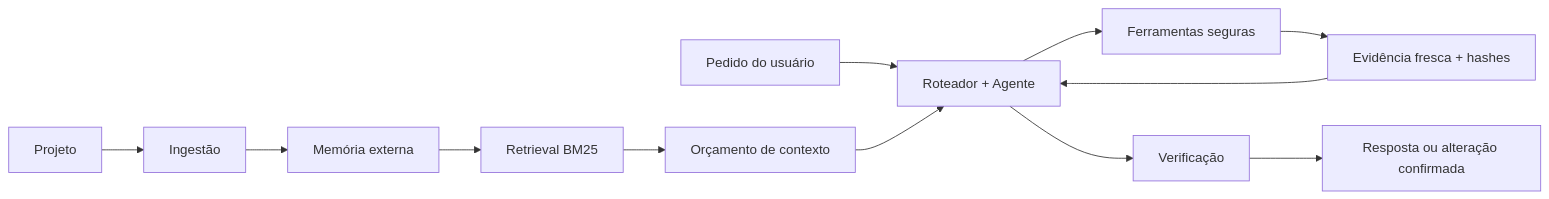
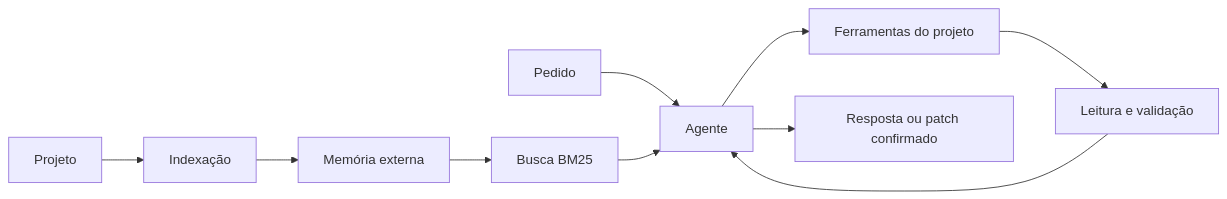
Before and after one commit to rafaelzaydh-jpg/eyle: the diagram in README.pt-BR.md, drawn with Mermaid. The commit also changed other lines of this file and 5 other files, not shown here.

````diff
--- a/README.pt-BR.md
+++ b/README.pt-BR.md
@@ -56,14 +48,12 @@
 ```mermaid
 flowchart LR
-  A[Projeto] --> B[Ingestão]
+  A[Projeto] --> B[Indexação]
   B --> C[Memória externa]
-  D[Pedido do usuário] --> E[Roteador + Agente]
-  C --> F[Retrieval BM25]
-  F --> G[Orçamento de contexto]
-  G --> E
-  E --> H[Ferramentas seguras]
-  H --> I[Evidência fresca + hashes]
-  I --> E
-  E --> J[Verificação]
-  J --> K[Resposta ou alteração confirmada]
+  D[Pedido] --> E[Agente]
+  C --> F[Busca BM25]
+  F --> E
+  E --> G[Ferramentas do projeto]
+  G --> H[Leitura e validação]
+  H --> E
+  E --> I[Resposta ou patch confirmado]
 ```
````
